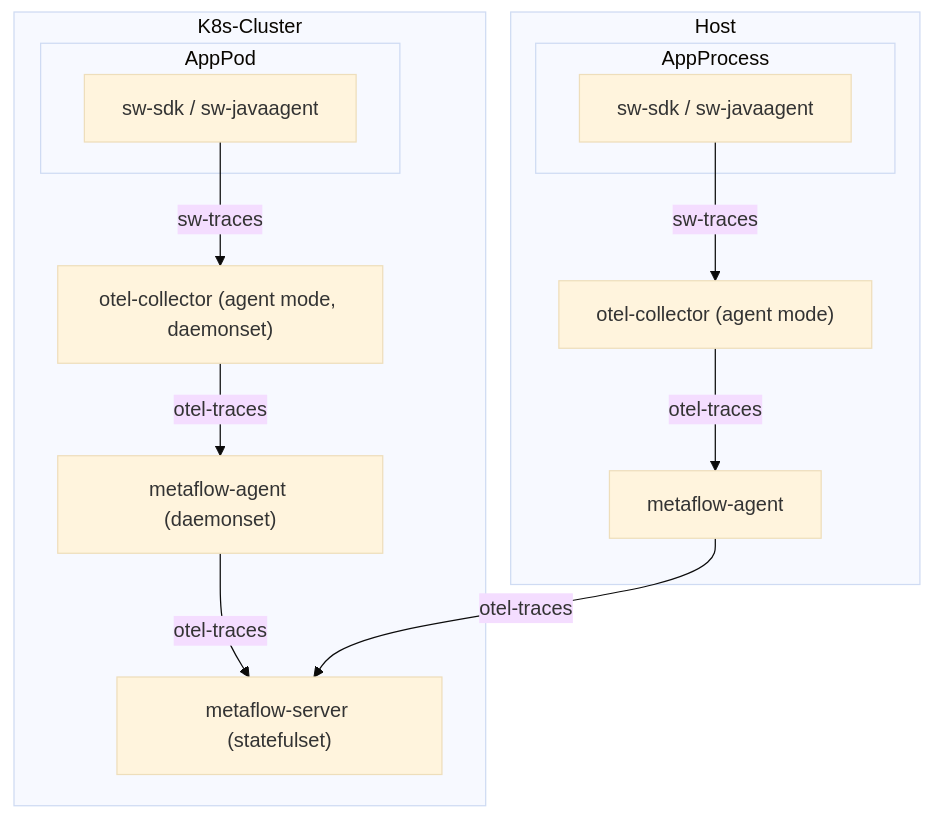
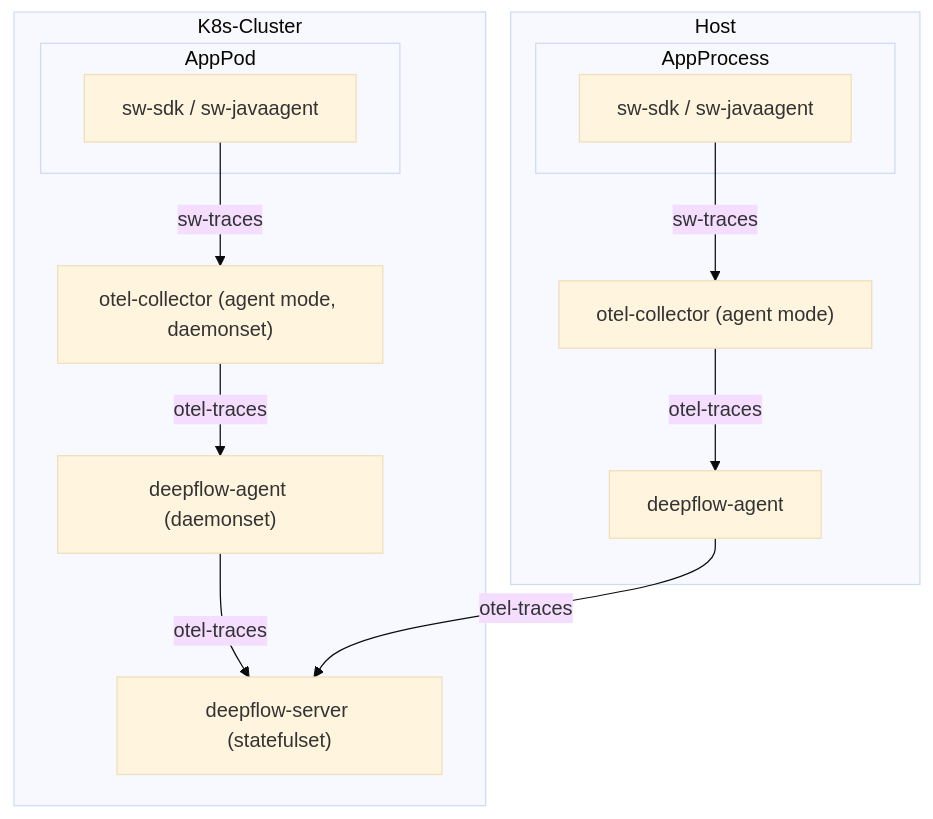
Before and after one commit to deepflowio/docs: the diagram in zh/06-agent-integration/02-tracing/04-skywalking.md, drawn with Mermaid (base theme). The commit also changed other lines of this file and 23 other files, not shown here.

Commit message:
rename metaflow to deepflow

````diff
--- a/zh/06-agent-integration/02-tracing/04-skywalking.md
+++ b/zh/06-agent-integration/02-tracing/04-skywalking.md
@@ -7,28 +7,28 @@
 ```mermaid
 flowchart TD
 
 subgraph K8s-Cluster
   subgraph AppPod
     SWSDK1["sw-sdk / sw-javaagent"]
   end
   OTelAgent1["otel-collector (agent mode, daemonset)"]
-  DeepFlowAgent1["metaflow-agent (daemonset)"]
-  DeepFlowServer["metaflow-server (statefulset)"]
+  DeepFlowAgent1["deepflow-agent (daemonset)"]
+  DeepFlowServer["deepflow-server (statefulset)"]
 
   SWSDK1 -->|sw-traces| OTelAgent1
   OTelAgent1 -->|otel-traces| DeepFlowAgent1
   DeepFlowAgent1 -->|otel-traces| DeepFlowServer
 end
 
 subgraph Host
   subgraph AppProcess
     SWSDK2["sw-sdk / sw-javaagent"]
   end
   OTelAgent2["otel-collector (agent mode)"]
-  DeepFlowAgent2[metaflow-agent]
+  DeepFlowAgent2[deepflow-agent]
 
   SWSDK2 -->|sw-traces| OTelAgent2
   OTelAgent2 -->|otel-traces| DeepFlowAgent2
   DeepFlowAgent2 -->|otel-traces| DeepFlowServer
 end
 ```
````
